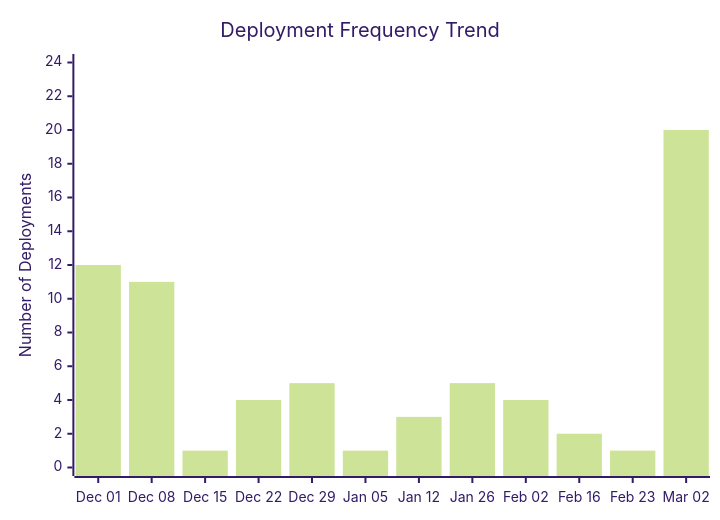
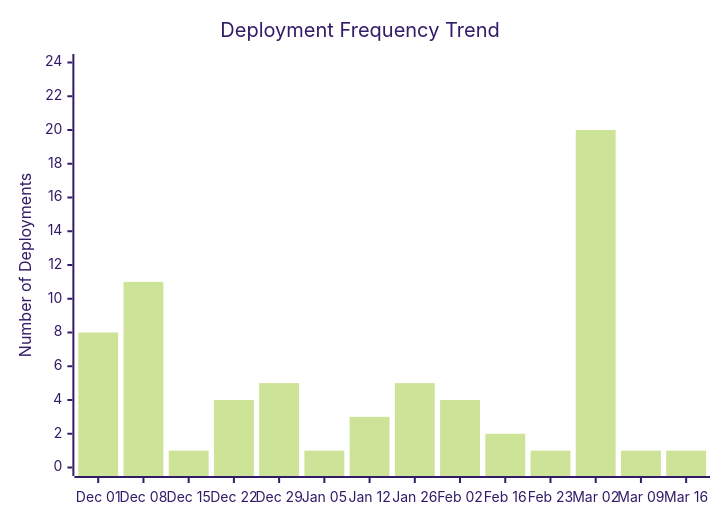
Before and after one commit to ukma-cs-ssdm-2025/rate-ukma: the third of 4 diagrams in docs/ci-cd/dora-summary.md, drawn with Mermaid (forest theme). The commit also changed other lines of this file, not shown here.

````diff
--- a/docs/ci-cd/dora-summary.md
+++ b/docs/ci-cd/dora-summary.md
@@ -55,7 +57,7 @@
 ```mermaid
 xychart-beta
     title "Deployment Frequency Trend"
-    x-axis ["Dec 01", "Dec 08", "Dec 15", "Dec 22", "Dec 29", "Jan 05", "Jan 12", "Jan 26", "Feb 02", "Feb 16", "Feb 23", "Mar 02"]
+    x-axis ["Dec 01", "Dec 08", "Dec 15", "Dec 22", "Dec 29", "Jan 05", "Jan 12", "Jan 26", "Feb 02", "Feb 16", "Feb 23", "Mar 02", "Mar 09", "Mar 16"]
     y-axis "Number of Deployments" 0 --> 24
-    bar [12.00, 11.00, 1.00, 4.00, 5.00, 1.00, 3.00, 5.00, 4.00, 2.00, 1.00, 20.00]
+    bar [8.00, 11.00, 1.00, 4.00, 5.00, 1.00, 3.00, 5.00, 4.00, 2.00, 1.00, 20.00, 1.00, 1.00]
 ```
````
